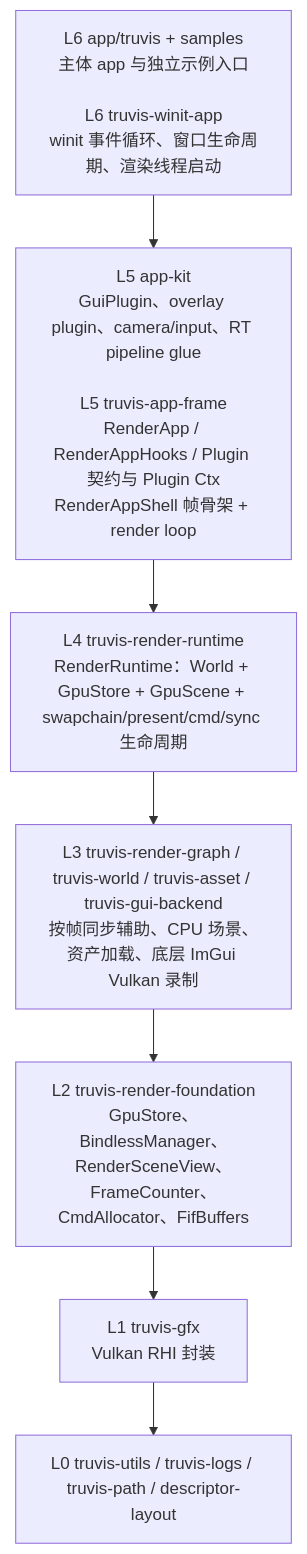
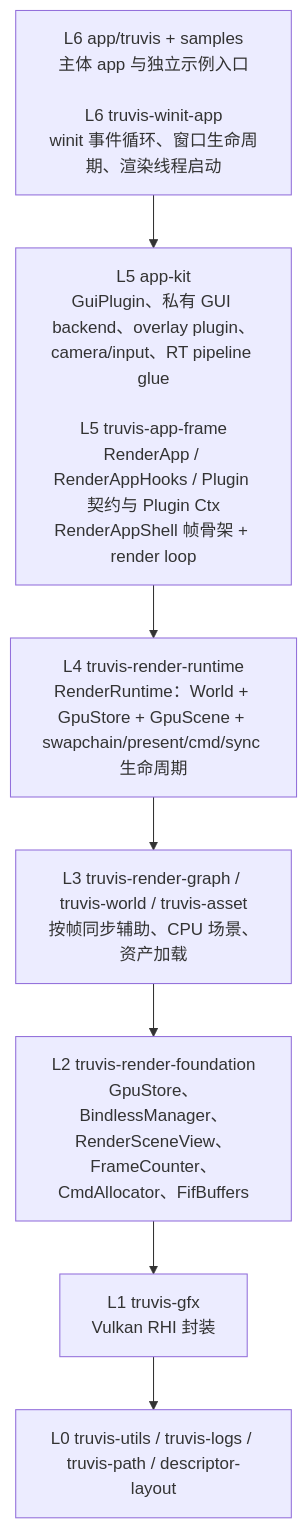
Before and after one commit to acccoco/TruvisRenderer: the first of 7 diagrams in ARCHITECTURE.md, drawn with Mermaid. The commit also changed other lines of this file and 16 other files, not shown here.

First line of the commit message:
[refactor] 将 GUI 后端合并进 app-kit

````diff
--- a/ARCHITECTURE.md
+++ b/ARCHITECTURE.md
@@ -9,12 +9,12 @@
 ```mermaid
 flowchart TB
     L6["L6 app/truvis + samples<br/>主体 app 与独立示例入口<br/><br/>L6 truvis-winit-app<br/>winit 事件循环、窗口生命周期、渲染线程启动"]
-    L5["L5 app-kit<br/>GuiPlugin、overlay plugin、camera/input、RT pipeline glue<br/><br/>L5 truvis-app-frame<br/>RenderApp / RenderAppHooks / Plugin 契约与 Plugin Ctx<br/>RenderAppShell 帧骨架 + render loop"]
+    L5["L5 app-kit<br/>GuiPlugin、私有 GUI backend、overlay plugin、camera/input、RT pipeline glue<br/><br/>L5 truvis-app-frame<br/>RenderApp / RenderAppHooks / Plugin 契约与 Plugin Ctx<br/>RenderAppShell 帧骨架 + render loop"]
     L4["L4 truvis-render-runtime<br/>RenderRuntime：World + GpuStore + GpuScene + swapchain/present/cmd/sync 生命周期"]
-    L3["L3 truvis-render-graph / truvis-world / truvis-asset / truvis-gui-backend<br/>按帧同步辅助、CPU 场景、资产加载、底层 ImGui Vulkan 录制"]
+    L3["L3 truvis-render-graph / truvis-world / truvis-asset<br/>按帧同步辅助、CPU 场景、资产加载"]
     L2["L2 truvis-render-foundation<br/>GpuStore、BindlessManager、RenderSceneView、FrameCounter、CmdAllocator、FifBuffers"]
     L1["L1 truvis-gfx<br/>Vulkan RHI 封装"]
     L0["L0 truvis-utils / truvis-logs / truvis-path / descriptor-layout"]
 
     L6 --> L5 --> L4 --> L3 --> L2 --> L1 --> L0
 ```
````
